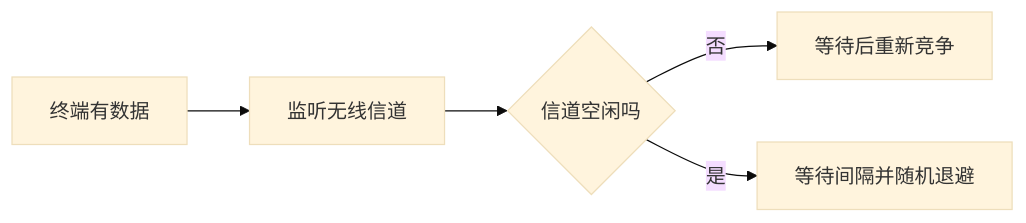
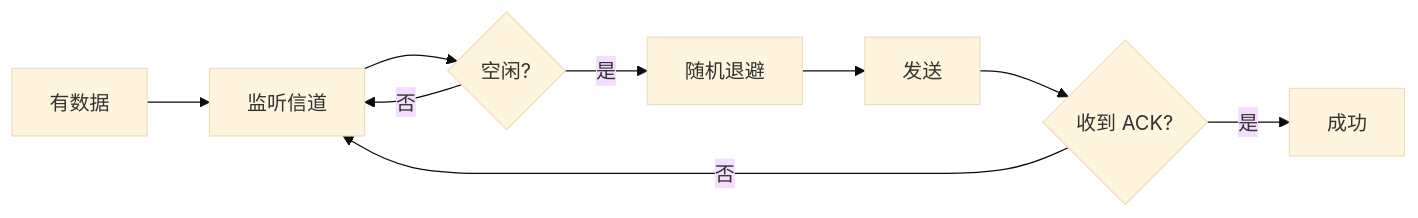
One commit to 74262195/system-architect-notes changed the diagram in 01_综合知识/01_计算机系统基础知识/03_计算机网络/无线局域网802.11.md. Above: the diagram before and after it, drawn with Mermaid (base theme). The commit also changed other lines of this file, not shown here.

````diff
--- a/01_综合知识/01_计算机系统基础知识/03_计算机网络/无线局域网802.11.md
+++ b/01_综合知识/01_计算机系统基础知识/03_计算机网络/无线局域网802.11.md
@@ -52,7 +54,11 @@
 ```mermaid
 flowchart LR
-  A[终端有数据] --> B[监听无线信道]
-  B --> C{信道空闲吗}
-  C -- 否 --> D[等待后重新竞争]
-  C -- 是 --> E[等待间隔并随机退避]
+  A[有数据] --> B[监听信道]
+  B --> C{空闲?}
+  C -- 否 --> B
+  C -- 是 --> D[随机退避]
+  D --> E[发送]
+  E --> F{收到 ACK?}
+  F -- 是 --> G[成功]
+  F -- 否 --> B
 ```
````
